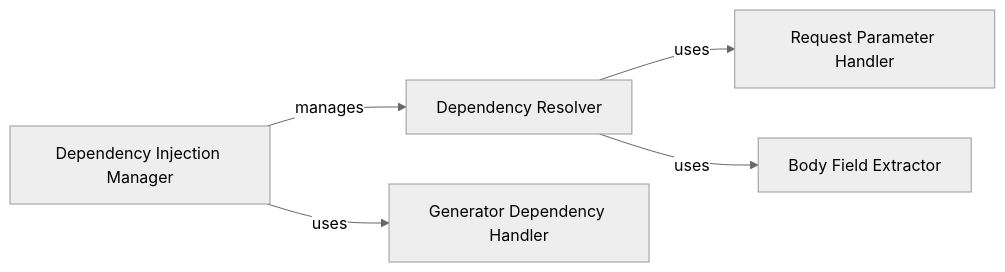
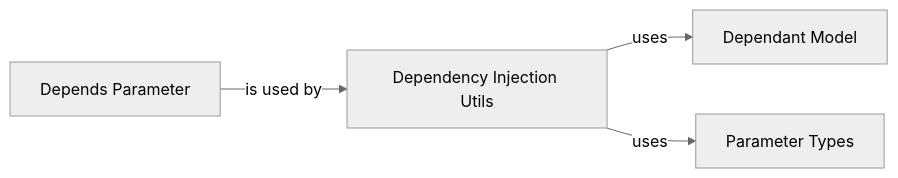
The diagram in fastapi/Dependency Injection.md (CodeBoarding/GeneratedOnBoardings), drawn with Mermaid (neutral theme) before and after one commit. The commit also changed other lines of this file and 14 other files, not shown here.

````diff
--- a/fastapi/Dependency Injection.md
+++ b/fastapi/Dependency Injection.md
@@ -1,12 +1,10 @@
 ```mermaid
 graph LR
-    Dependency_Injection_Manager["Dependency Injection Manager"]
-    Dependency_Resolver["Dependency Resolver"]
-    Request_Parameter_Handler["Request Parameter Handler"]
-    Body_Field_Extractor["Body Field Extractor"]
-    Generator_Dependency_Handler["Generator Dependency Handler"]
-    Dependency_Injection_Manager -- "manages" --> Dependency_Resolver
-    Dependency_Injection_Manager -- "uses" --> Generator_Dependency_Handler
-    Dependency_Resolver -- "uses" --> Request_Parameter_Handler
-    Dependency_Resolver -- "uses" --> Body_Field_Extractor
+    Dependency_Injection_Utils["Dependency Injection Utils"]
+    Dependant_Model["Dependant Model"]
+    Depends_Parameter["Depends Parameter"]
+    Parameter_Types["Parameter Types"]
+    Dependency_Injection_Utils -- "uses" --> Dependant_Model
+    Dependency_Injection_Utils -- "uses" --> Parameter_Types
+    Depends_Parameter -- "is used by" --> Dependency_Injection_Utils
 ```
````
